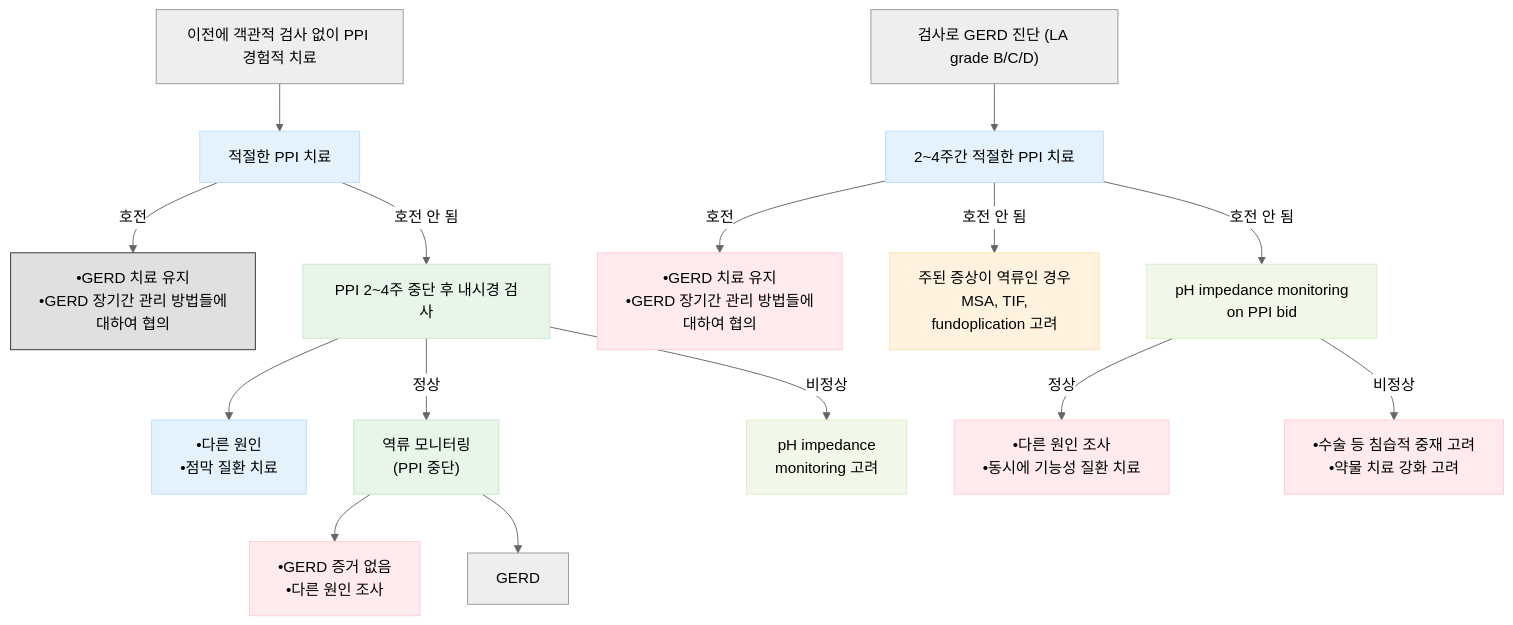
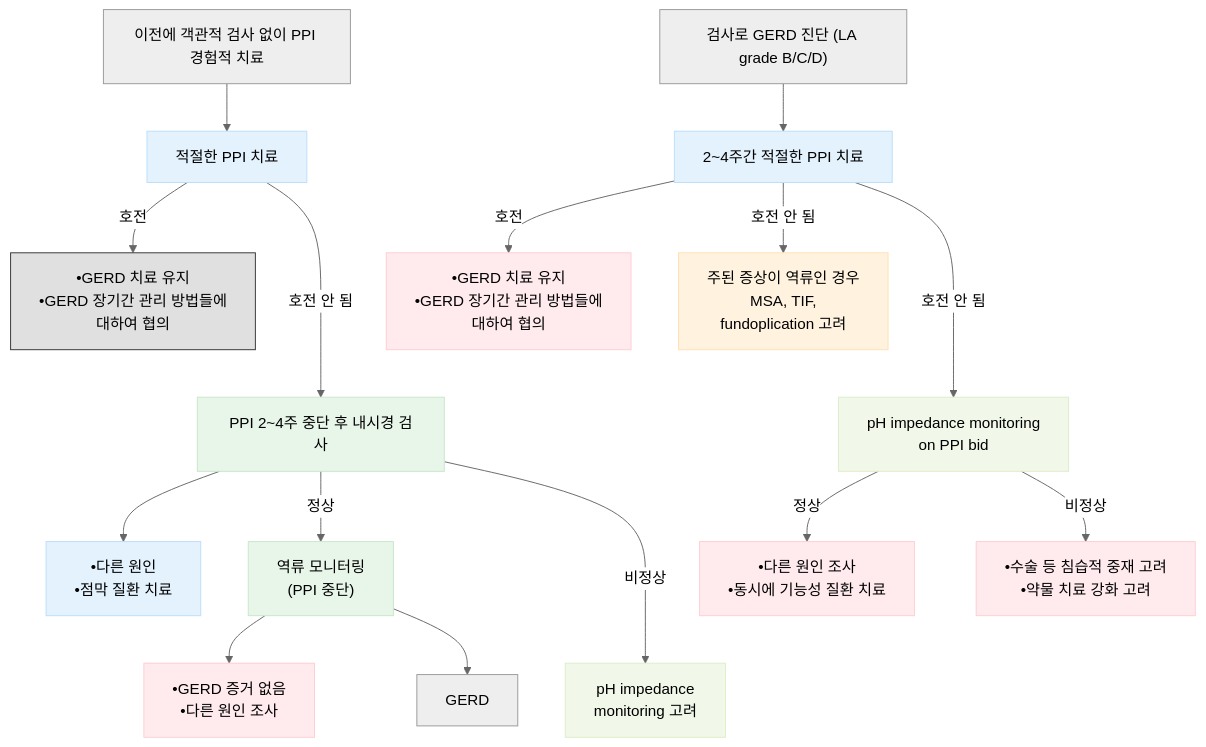
Before and after one commit to familyoh77/familyoh77: the third of 3 diagrams in 224_/081_-gerd.md, drawn with Mermaid (neutral theme). The commit also changed other lines of this file, not shown here.

````diff
--- a/224_/081_-gerd.md
+++ b/224_/081_-gerd.md
@@ -313,42 +318,42 @@
 ```mermaid
 graph TD
     %% 첫 번째 섹션: 경험적 치료 후 관리
     Start1["이전에 객관적 검사 없이 PPI 경험적 치료"] --> PPI1["적절한 PPI 치료"]
     
     PPI1 -- "호전" --> Success1["•GERD 치료 유지<br/>•GERD 장기간 관리 방법들에<br/>대하여 협의"]
     
-    PPI1 -- "호전 안 됨" --> Scope1["PPI 2~4주 중단 후 내시경 검사"]
+    PPI1 -- "호전 안 됨" ---> Scope1["PPI 2~4주 중단 후 내시경 검사"]
     
     Scope1 --> Other1["•다른 원인<br/>•점막 질환 치료"]
     Scope1 -- "정상" --> Monitor1["역류 모니터링<br/>(PPI 중단)"]
-    Scope1 -- "비정상" --> Impedance1["pH impedance<br/>monitoring 고려"]
+    Scope1 -- "비정상" ---> Impedance1["pH impedance<br/>monitoring 고려"]
     
     Monitor1 --> NoEvidence["•GERD 증거 없음<br/>•다른 원인 조사"]
     Monitor1 --> GERD1["GERD"]
 
     %% 두 번째 섹션: 확진 후 치료
     Start2["검사로 GERD 진단 (LA grade B/C/D)"] --> PPI2["2~4주간 적절한 PPI 치료"]
     
     PPI2 -- "호전" --> Success2["•GERD 치료 유지<br/>•GERD 장기간 관리 방법들에<br/>대하여 협의"]
     
     PPI2 -- "호전 안 됨" --> Fail2["주된 증상이 역류인 경우<br/>MSA, TIF,<br/>fundoplication 고려"]
-    PPI2 -- "호전 안 됨" --> Impedance2["pH impedance monitoring<br/>on PPI bid"]
+    PPI2 -- "호전 안 됨" ---> Impedance2["pH impedance monitoring<br/>on PPI bid"]
     
     Impedance2 -- "정상" --> Other2["•다른 원인 조사<br/>•동시에 기능성 질환 치료"]
     Impedance2 -- "비정상" --> Surgery["•수술 등 침습적 중재 고려<br/>•약물 치료 강화 고려"]
 
     %% 스타일 설정
     style Success1 fill:#e0e0e0,stroke:#333
     style Scope1 fill:#e8f5e9,stroke:#c8e6c9
     style Monitor1 fill:#e8f5e9,stroke:#c8e6c9
     style Impedance1 fill:#f1f8e9,stroke:#dcedc8
     style NoEvidence fill:#ffebee,stroke:#ffcdd2
     style Success2 fill:#ffebee,stroke:#ffcdd2
     style Fail2 fill:#fff3e0,stroke:#ffe0b2
     style Impedance2 fill:#f1f8e9,stroke:#dcedc8
     style Other2 fill:#ffebee,stroke:#ffcdd2
     style Surgery fill:#ffebee,stroke:#ffcdd2
     style PPI1 fill:#e3f2fd,stroke:#bbdefb
     style PPI2 fill:#e3f2fd,stroke:#bbdefb
     style Other1 fill:#e3f2fd,stroke:#bbdefb
 ```
````
